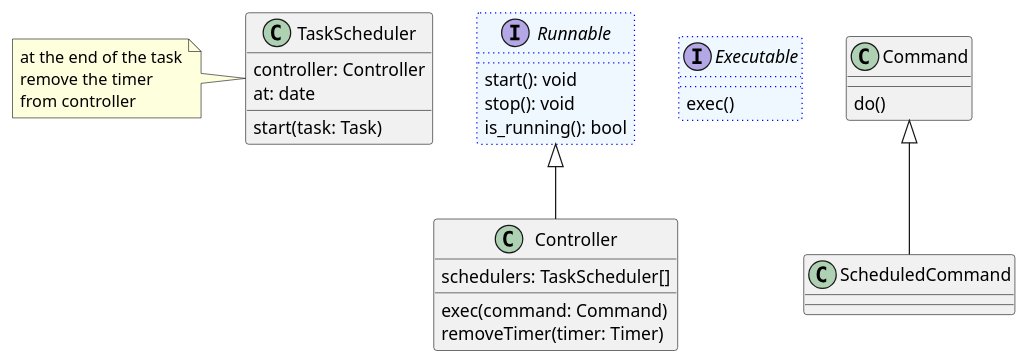
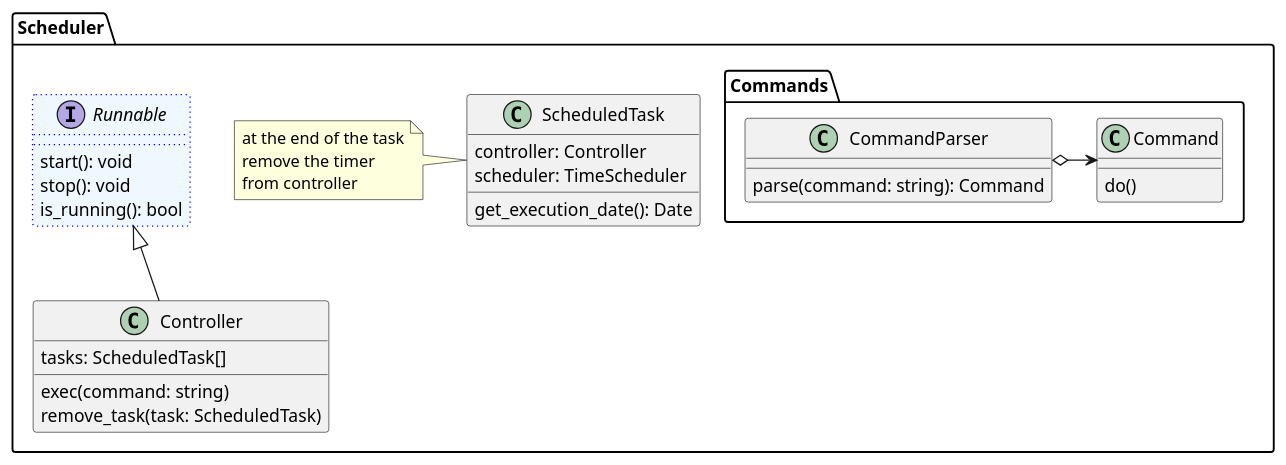
The diagram in docs/classes/scheduler.puml (saratoga8/motion_notifier), drawn with PlantUML before and after one commit. The commit also changed 4 other files, not shown here.

```diff
--- a/docs/classes/scheduler.puml
+++ b/docs/classes/scheduler.puml
@@ -1,40 +1,41 @@
 @startuml
 'https://plantuml.com/class-diagram
 
-class Controller {
-   schedulers: TaskScheduler[]
-   exec(command: Command)
-   removeTimer(timer: Timer)
+package Scheduler {
+
+    class Controller {
+       tasks: ScheduledTask[]
+       exec(command: string)
+       remove_task(task: ScheduledTask)
+    }
+
+    interface Runnable #aliceblue ##[dotted]blue {
+       start(): void
+       stop(): void
+       is_running(): bool
+    }
+
+    Runnable <|-- Controller
+
+    class ScheduledTask {
+       controller: Controller
+       scheduler: TimeScheduler
+       get_execution_date(): Date
+    }
+    note left: at the end of the task\nremove the timer\nfrom controller
+
+    package Commands {
+        class CommandParser {
+           parse(command: string): Command
+        }
+
+        class Command {
+           do()
+        }
+
+        CommandParser o-> Command
+    }
 }
 
 
-interface Runnable #aliceblue ##[dotted]blue {
-   start(): void
-   stop(): void
-   is_running(): bool
-}
-
-Runnable <|-- Controller
-
-class TaskScheduler {
-   controller: Controller
-   at: date
-   start(task: Task)
-}
-note left: at the end of the task\nremove the timer\nfrom controller
-
-
-interface Executable #aliceblue ##[dotted]blue {
-   exec()
-}
-
-class Command {
-   do()
-}
-
-class ScheduledCommand {
-}
-
-Command <|--ScheduledCommand
-
 @enduml
```
